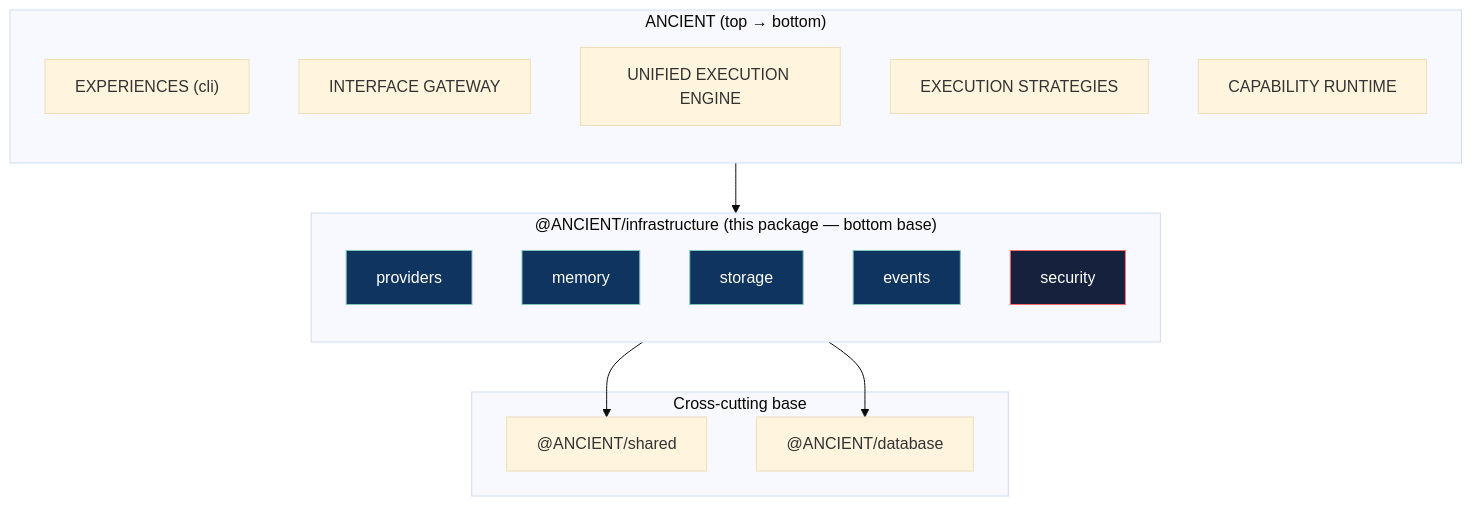
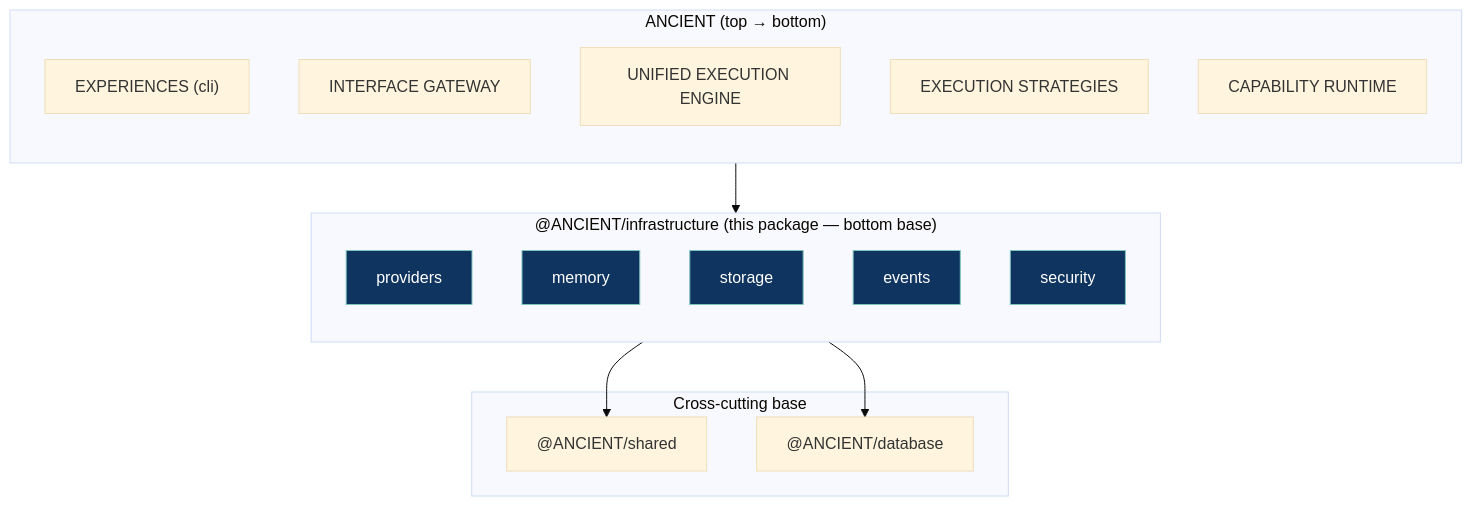
One commit to D-engahmed/ancient changed the first of 6 diagrams in packages/infrastructure/README.md. Above: the diagram before and after it, drawn with Mermaid (base theme). The commit also changed other lines of this file, not shown here.

````diff
--- a/packages/infrastructure/README.md
+++ b/packages/infrastructure/README.md
@@ -6,35 +6,35 @@
 ```mermaid
 flowchart TB
     subgraph LAYERS["ANCIENT (top → bottom)"]
         direction TB
         EXP["EXPERIENCES (cli)"]
         GW["INTERFACE GATEWAY"]
         ENG["UNIFIED EXECUTION ENGINE"]
         STRAT["EXECUTION STRATEGIES"]
         CAP["CAPABILITY RUNTIME"]
     end
 
     subgraph INFRA["@ANCIENT/infrastructure (this package — bottom base)"]
         direction TB
         PROV["providers"]
         MEM["memory"]
         STO["storage"]
         EVT["events"]
         SEC["security"]
     end
 
     subgraph BASE["Cross-cutting base"]
         SHARED["@ANCIENT/shared"]
         DB["@ANCIENT/database"]
     end
 
     LAYERS --> INFRA
     INFRA --> SHARED
     INFRA --> DB
 
     style PROV fill:#0f3460,stroke:#7FC4BE,color:#fff
     style MEM fill:#0f3460,stroke:#7FC4BE,color:#fff
     style STO fill:#0f3460,stroke:#7FC4BE,color:#fff
     style EVT fill:#0f3460,stroke:#7FC4BE,color:#fff
-    style SEC fill:#16213e,stroke:#ff6b6b,color:#fff
+    style SEC fill:#0f3460,stroke:#7FC4BE,color:#fff
 ```
````
